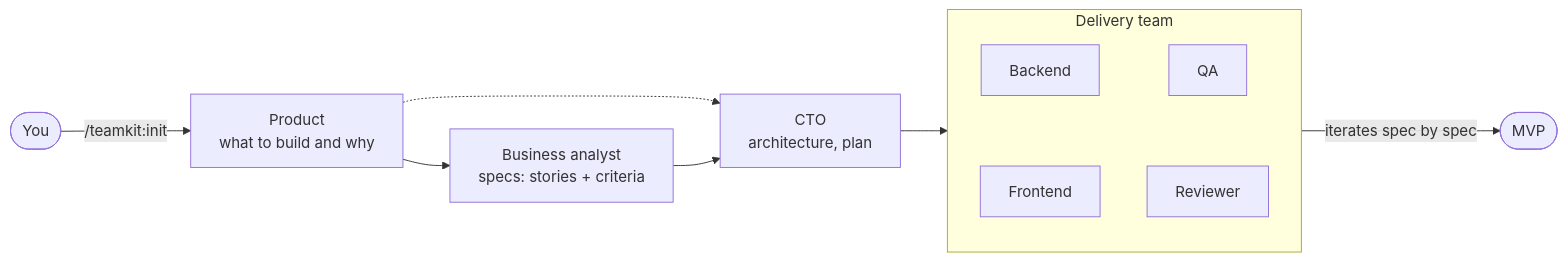
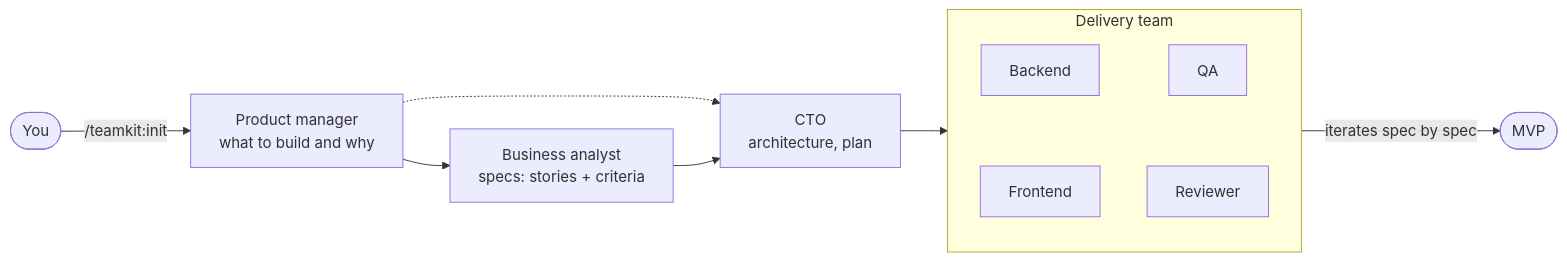
Before and after one commit to ioncat/teamkit: the diagram in README.md, drawn with Mermaid. The commit also changed other lines of this file, not shown here.

Commit message:
docs: README names the role product manager, not Product

````diff
--- a/README.md
+++ b/README.md
@@ -26,14 +26,14 @@
 ```mermaid
 flowchart LR
-    O([You]) -->|/teamkit:init| P["Product<br/>what to build and why"]
+    O([You]) -->|/teamkit:init| P["Product manager<br/>what to build and why"]
     P --> A["Business analyst<br/>specs: stories + criteria"]
     P -.-> C
     A --> C["CTO<br/>architecture, plan"]
     C --> T
     subgraph T["Delivery team"]
         direction TB
         B[Backend] ~~~ F[Frontend]
         Q[QA] ~~~ R[Reviewer]
     end
     T -->|iterates spec by spec| MVP([MVP])
 ```
````
